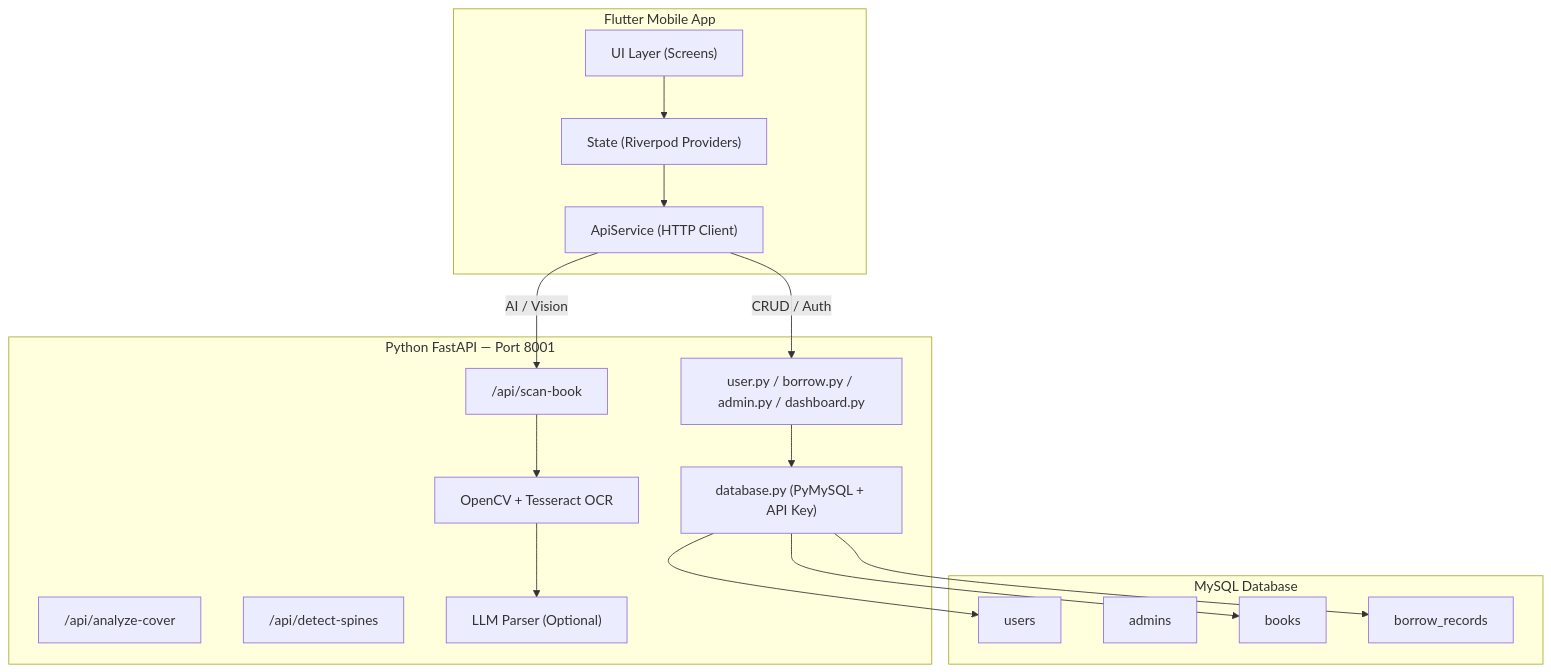
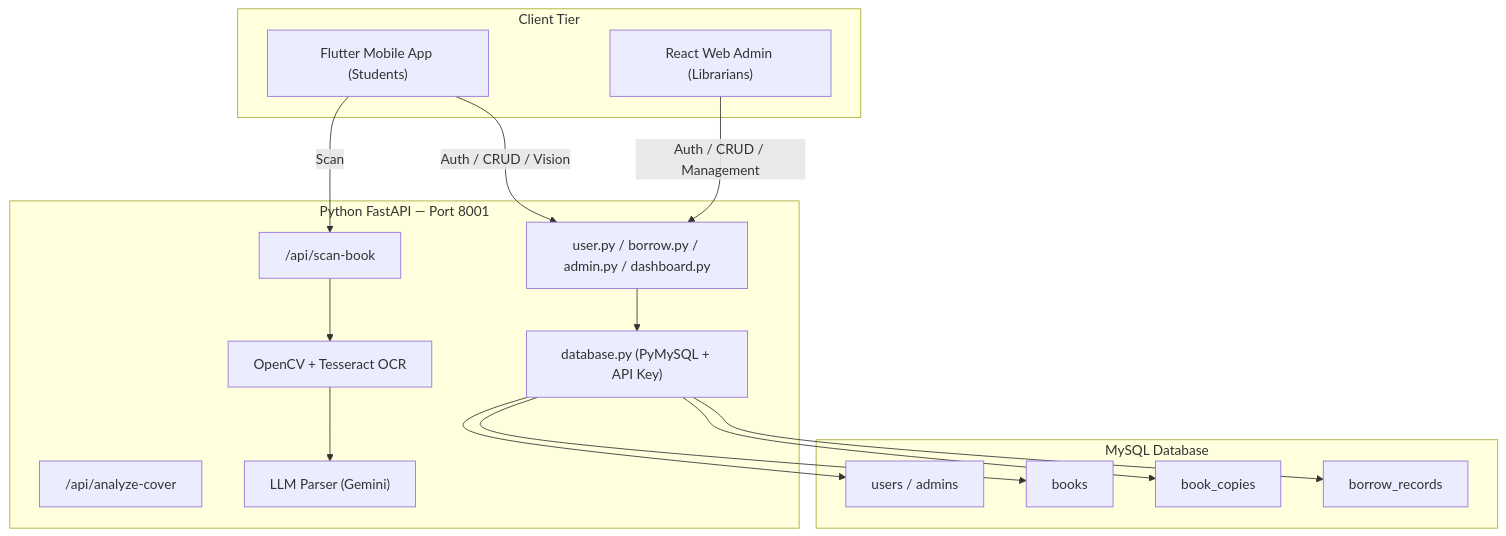
The diagram in doc/critical_analysis.md (prasajanravishka/library_system-), drawn with Mermaid before and after one commit. The commit also changed other lines of this file and 5 other files, not shown here.

Commit message:
docs: updated documentation to reflect dual-frontend architecture and copy-level tracking

````diff
--- a/doc/critical_analysis.md
+++ b/doc/critical_analysis.md
@@ -21,34 +23,35 @@
 ```mermaid
 graph TB
-    subgraph "Flutter Mobile App"
-        UI["UI Layer (Screens)"]
-        SP["State (Riverpod Providers)"]
-        API["ApiService (HTTP Client)"]
+    subgraph "Client Tier"
+        APP["Flutter Mobile App (Students)"]
+        ADMIN["React Web Admin (Librarians)"]
     end
 
     subgraph "Python FastAPI — Port 8001"
         PY_CRUD["user.py / borrow.py / admin.py / dashboard.py"]
         PY_SCAN["/api/scan-book"]
         PY_ANALYZE["/api/analyze-cover"]
-        PY_SPINE["/api/detect-spines"]
         OCR["OpenCV + Tesseract OCR"]
-        LLM["LLM Parser (Optional)"]
+        LLM["LLM Parser (Gemini)"]
         DB_CONN["database.py (PyMySQL + API Key)"]
     end
 
     subgraph "MySQL Database"
-        T_USERS["users"]
-        T_ADMINS["admins"]
+        T_USERS["users / admins"]
         T_BOOKS["books"]
+        T_COPIES["book_copies"]
         T_BORROW["borrow_records"]
     end
 
-    UI --> SP --> API
-    API -- "CRUD / Auth" --> PY_CRUD
-    API -- "AI / Vision" --> PY_SCAN
+    APP -- "Auth / CRUD / Vision" --> PY_CRUD
+    APP -- "Scan" --> PY_SCAN
+    ADMIN -- "Auth / CRUD / Management" --> PY_CRUD
+    
+    PY_SCAN --> OCR --> LLM
+    
     PY_CRUD --> DB_CONN
-    PY_SCAN --> OCR --> LLM
     DB_CONN --> T_USERS
     DB_CONN --> T_BOOKS
+    DB_CONN --> T_COPIES
     DB_CONN --> T_BORROW
 ```
````
